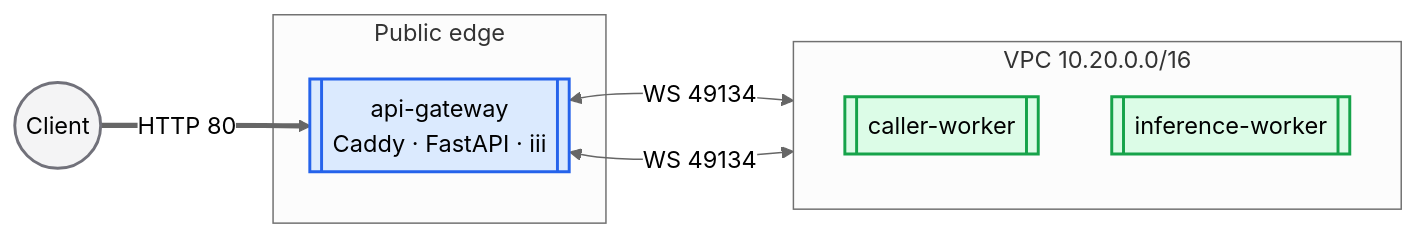
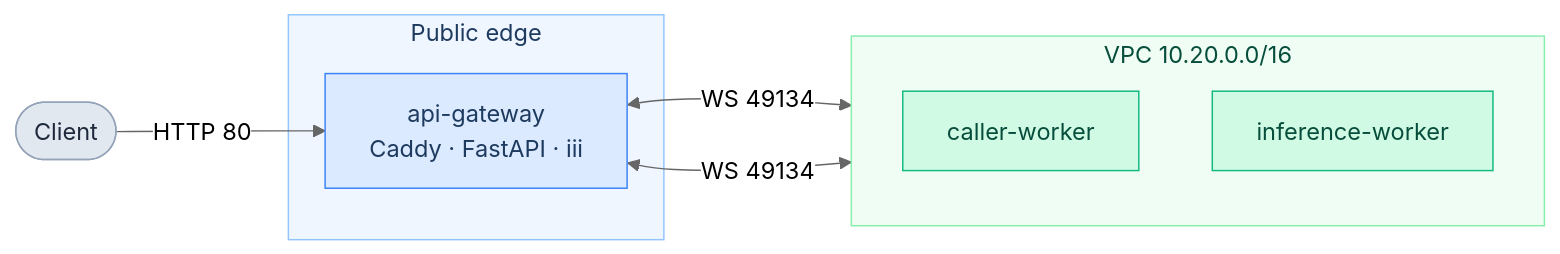
Before and after one commit to theanuragg/hiring: the first of 2 diagrams in may-2026/devops/quickstart/README.md, drawn with Mermaid (neutral theme). The commit also changed other lines of this file and 4 other files, not shown here.

````diff
--- a/may-2026/devops/quickstart/README.md
+++ b/may-2026/devops/quickstart/README.md
@@ -37,22 +37,25 @@
 ```mermaid
 flowchart LR
-  classDef external fill:#f4f4f5,stroke:#71717a,stroke-width:2px
-  classDef gateway fill:#dbeafe,stroke:#2563eb,stroke-width:2px
-  classDef worker fill:#dcfce7,stroke:#16a34a,stroke-width:2px
-
-  CLIENT((Client)):::external
+  CLIENT([Client])
 
   subgraph PUBLIC["Public edge"]
-    GW[["api-gateway<br/>Caddy · FastAPI · iii"]]:::gateway
+    GW[api-gateway<br/>Caddy · FastAPI · iii]
   end
 
   subgraph VPC["VPC 10.20.0.0/16"]
     direction TB
-    CALL[["caller-worker"]]:::worker
-    INF[["inference-worker"]]:::worker
+    CALL[caller-worker]
+    INF[inference-worker]
   end
 
-  CLIENT ==>|HTTP 80| GW
+  CLIENT -->|HTTP 80| GW
   GW <-->|WS 49134| CALL
   GW <-->|WS 49134| INF
+
+  style CLIENT fill:#e2e8f0,stroke:#94a3b8,color:#1e293b
+  style GW     fill:#dbeafe,stroke:#3b82f6,color:#1e3a5f
+  style CALL   fill:#d1fae5,stroke:#10b981,color:#064e3b
+  style INF    fill:#d1fae5,stroke:#10b981,color:#064e3b
+  style PUBLIC fill:#eff6ff,stroke:#93c5fd,color:#1e3a5f
+  style VPC    fill:#f0fdf4,stroke:#86efac,color:#064e3b
 ```
````
